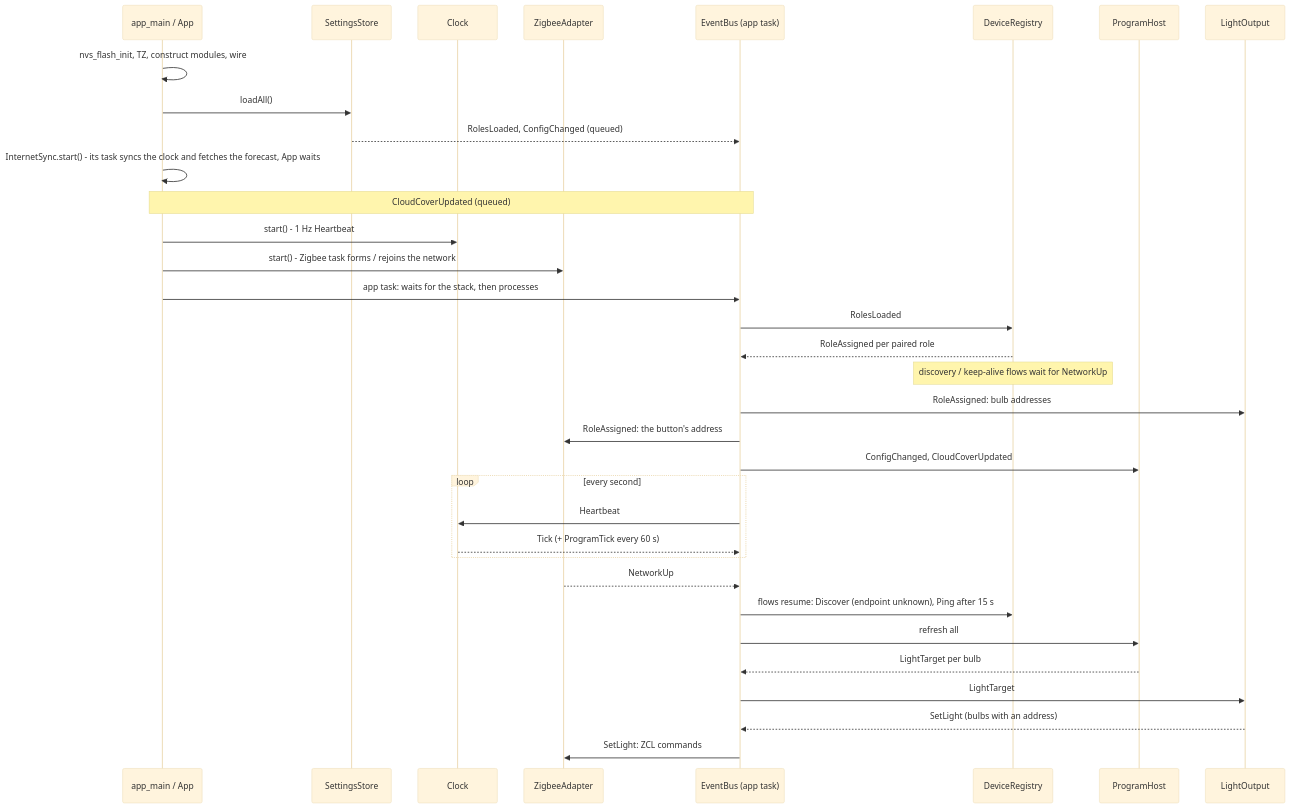
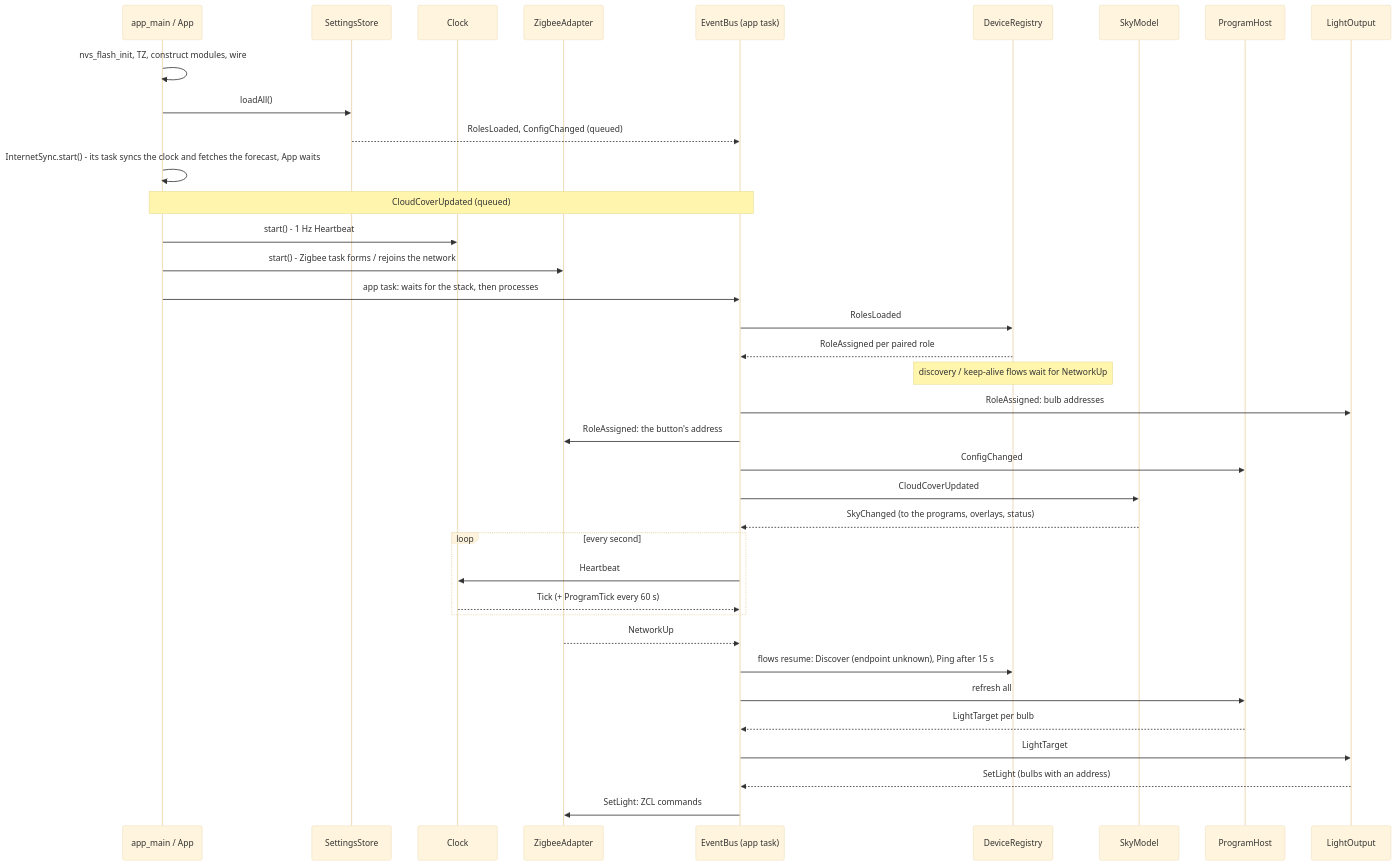
One commit to bjerre/sunsim changed the eighth of 10 diagrams in ARCHITECTURE.md. Above: the diagram before and after it, drawn with Mermaid (base theme). The commit also changed other lines of this file and 15 other files, not shown here.

First line of the commit message:
SkyModel: one module judges the weather and posts SkyChanged

````diff
--- a/ARCHITECTURE.md
+++ b/ARCHITECTURE.md
@@ -686,37 +696,40 @@
 ```mermaid
 sequenceDiagram
     participant M as app_main / App
     participant ST as SettingsStore
     participant CK as Clock
     participant ZA as ZigbeeAdapter
     participant Q as EventBus (app task)
     participant DR as DeviceRegistry
+    participant SKY as SkyModel
     participant PH as ProgramHost
     participant LO as LightOutput
 
     M->>M: nvs_flash_init, TZ, construct modules, wire
     M->>ST: loadAll()
     ST-->>Q: RolesLoaded, ConfigChanged (queued)
     M->>M: InternetSync.start() - its task syncs the clock and fetches the forecast, App waits
     Note over M,Q: CloudCoverUpdated (queued)
     M->>CK: start() - 1 Hz Heartbeat
     M->>ZA: start() - Zigbee task forms / rejoins the network
     M->>Q: app task: waits for the stack, then processes
     Q->>DR: RolesLoaded
     DR-->>Q: RoleAssigned per paired role
     Note over DR: discovery / keep-alive flows wait for NetworkUp
     Q->>LO: RoleAssigned: bulb addresses
     Q->>ZA: RoleAssigned: the button's address
-    Q->>PH: ConfigChanged, CloudCoverUpdated
+    Q->>PH: ConfigChanged
+    Q->>SKY: CloudCoverUpdated
+    SKY-->>Q: SkyChanged (to the programs, overlays, status)
     loop every second
         Q->>CK: Heartbeat
         CK-->>Q: Tick (+ ProgramTick every 60 s)
     end
     ZA-->>Q: NetworkUp
     Q->>DR: flows resume: Discover (endpoint unknown), Ping after 15 s
     Q->>PH: refresh all
     PH-->>Q: LightTarget per bulb
     Q->>LO: LightTarget
     LO-->>Q: SetLight (bulbs with an address)
     Q->>ZA: SetLight: ZCL commands
 ```
````
